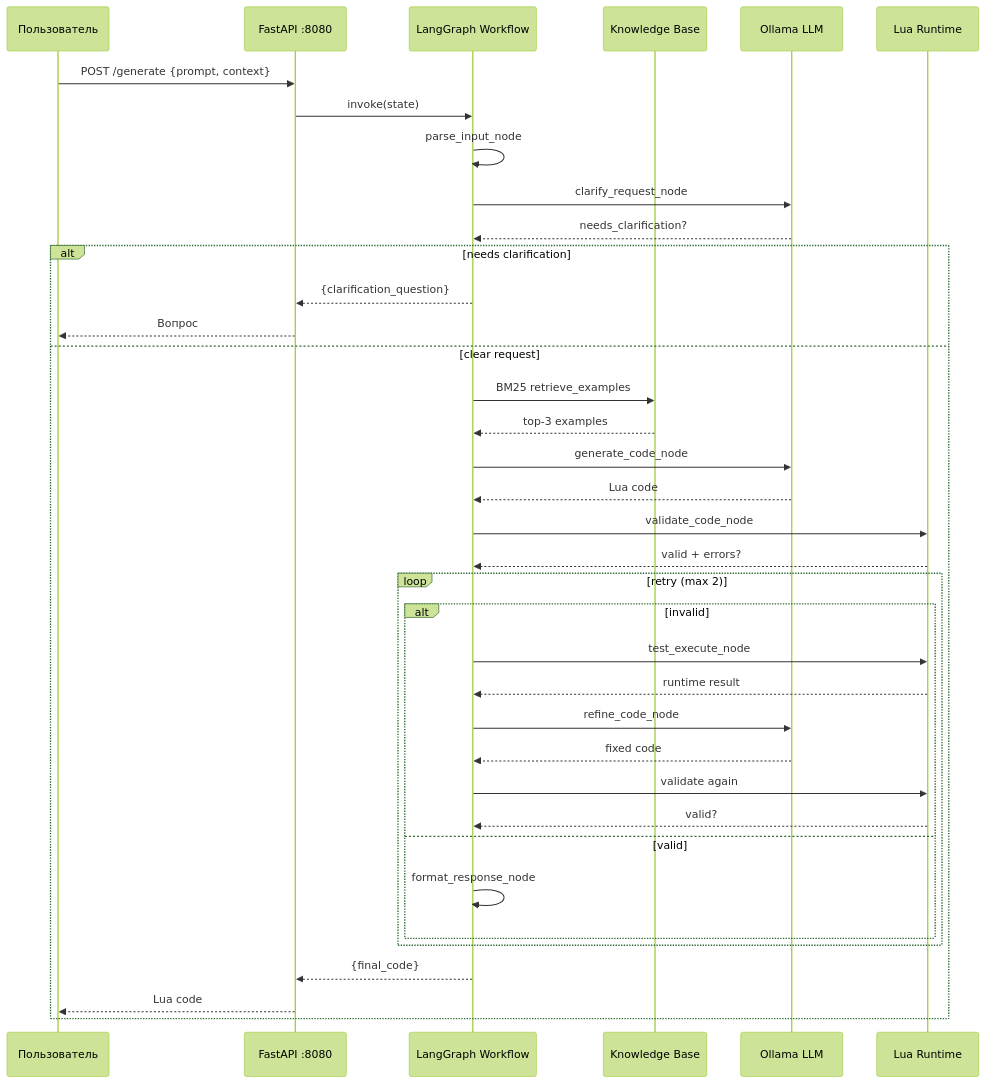
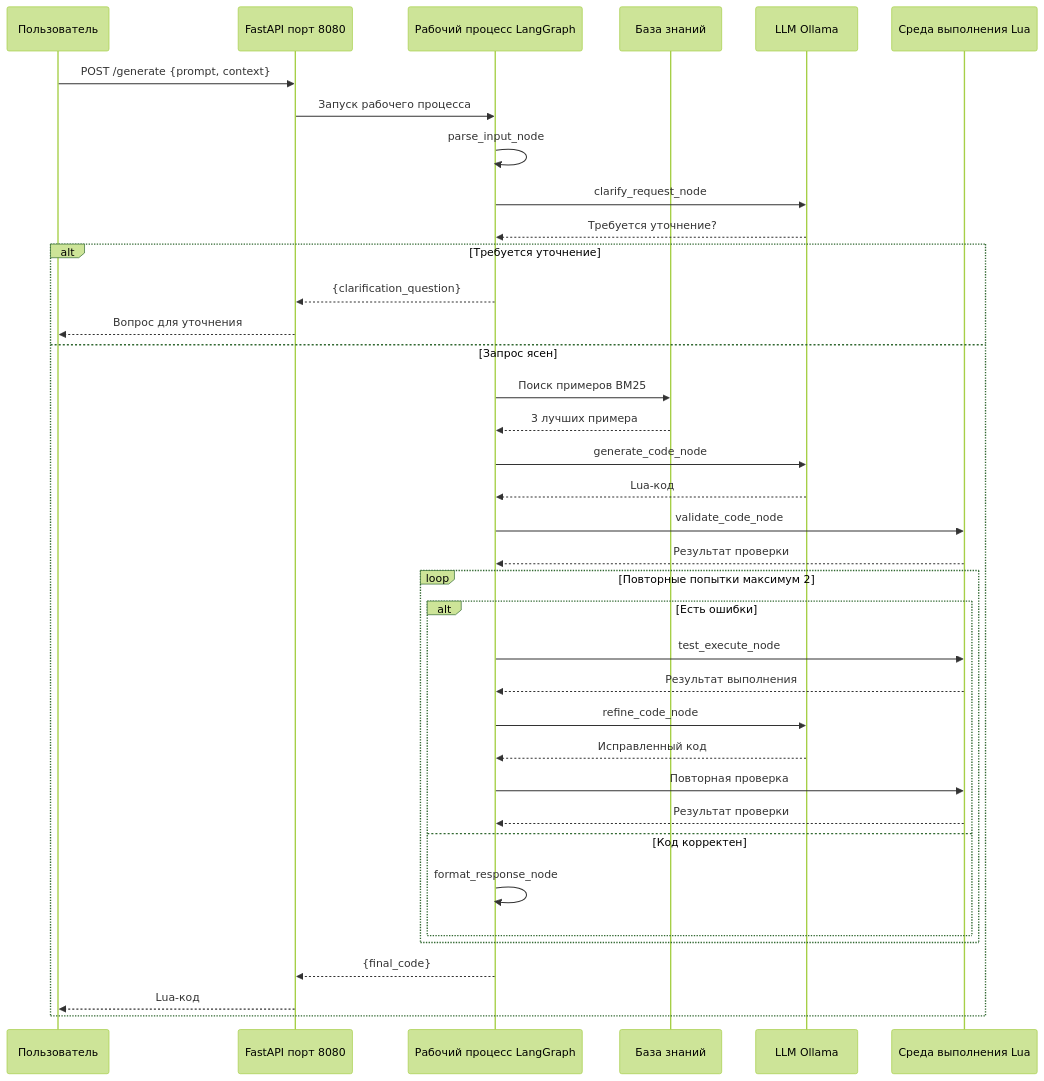
The fourth of 4 diagrams in README.md (sergeyRN21/digital-lawyer), drawn with Mermaid (forest theme) before and after one commit. The commit also changed other lines of this file, not shown here.

````diff
--- a/README.md
+++ b/README.md
@@ -237,44 +111,44 @@
 ```mermaid
 sequenceDiagram
     participant U as Пользователь
-    participant API as FastAPI :8080
-    participant WF as LangGraph Workflow
-    participant KB as Knowledge Base
-    participant Ollama as Ollama LLM
-    participant Lua as Lua Runtime
+    participant API as FastAPI порт 8080
+    participant WF as Рабочий процесс LangGraph
+    participant KB as База знаний
+    participant Ollama as LLM Ollama
+    participant Lua as Среда выполнения Lua
 
     U->>API: POST /generate {prompt, context}
-    API->>WF: invoke(state)
+    API->>WF: Запуск рабочего процесса
 
     WF->>WF: parse_input_node
     WF->>Ollama: clarify_request_node
-    Ollama-->>WF: needs_clarification?
+    Ollama-->>WF: Требуется уточнение?
 
-    alt needs clarification
+    alt Требуется уточнение
         WF-->>API: {clarification_question}
-        API-->>U: Вопрос
-    else clear request
-        WF->>KB: BM25 retrieve_examples
-        KB-->>WF: top-3 examples
+        API-->>U: Вопрос для уточнения
+    else Запрос ясен
+        WF->>KB: Поиск примеров BM25
+        KB-->>WF: 3 лучших примера
         WF->>Ollama: generate_code_node
-        Ollama-->>WF: Lua code
+        Ollama-->>WF: Lua-код
         WF->>Lua: validate_code_node
-        Lua-->>WF: valid + errors?
+        Lua-->>WF: Результат проверки
 
-        loop retry (max 2)
-            alt invalid
+        loop Повторные попытки максимум 2
+            alt Есть ошибки
                 WF->>Lua: test_execute_node
-                Lua-->>WF: runtime result
+                Lua-->>WF: Результат выполнения
                 WF->>Ollama: refine_code_node
-                Ollama-->>WF: fixed code
-                WF->>Lua: validate again
-                Lua-->>WF: valid?
-            else valid
+                Ollama-->>WF: Исправленный код
+                WF->>Lua: Повторная проверка
+                Lua-->>WF: Результат проверки
+            else Код корректен
                 WF->>WF: format_response_node
             end
         end
 
         WF-->>API: {final_code}
-        API-->>U: Lua code
+        API-->>U: Lua-код
     end
 ```
````
